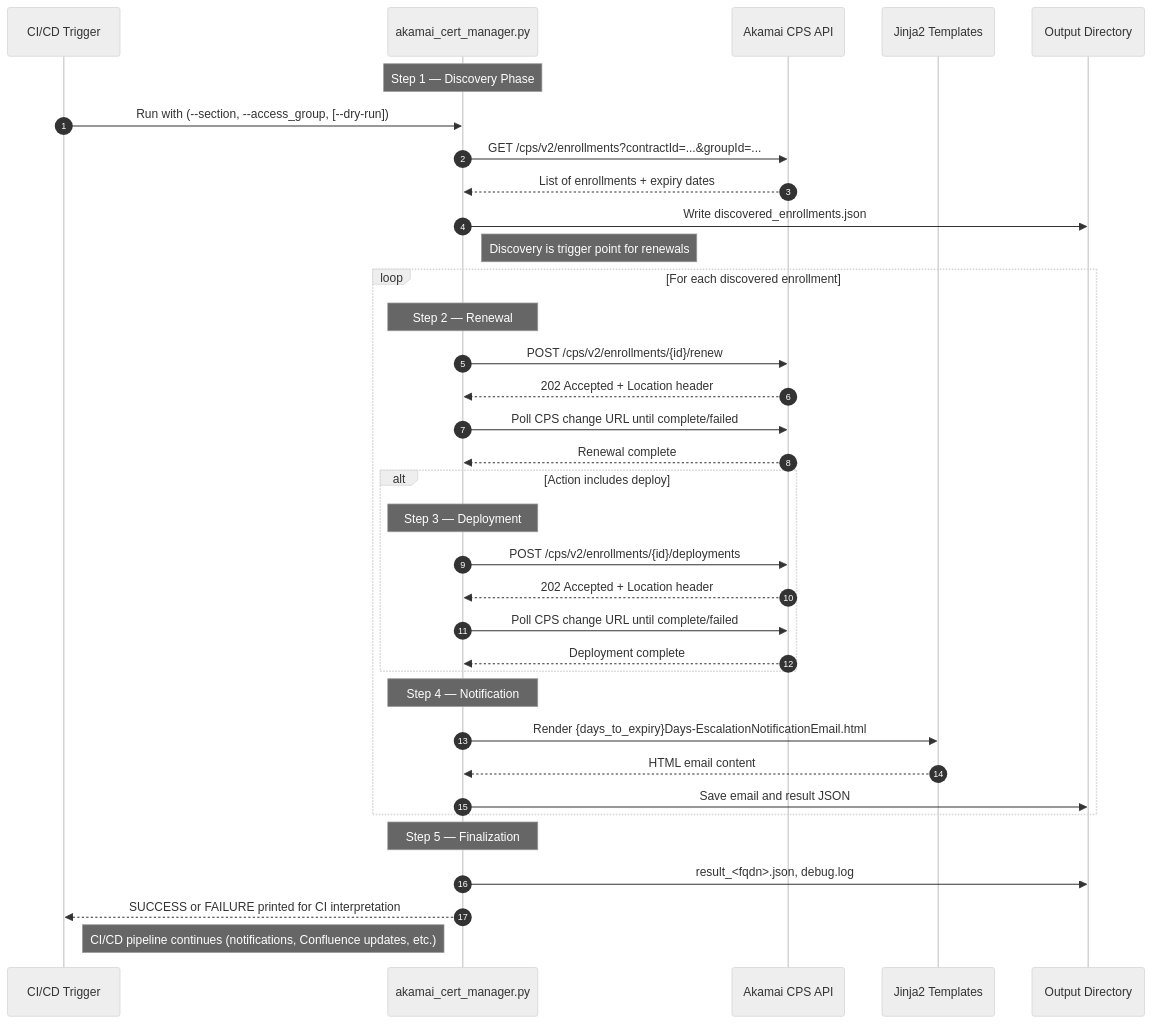
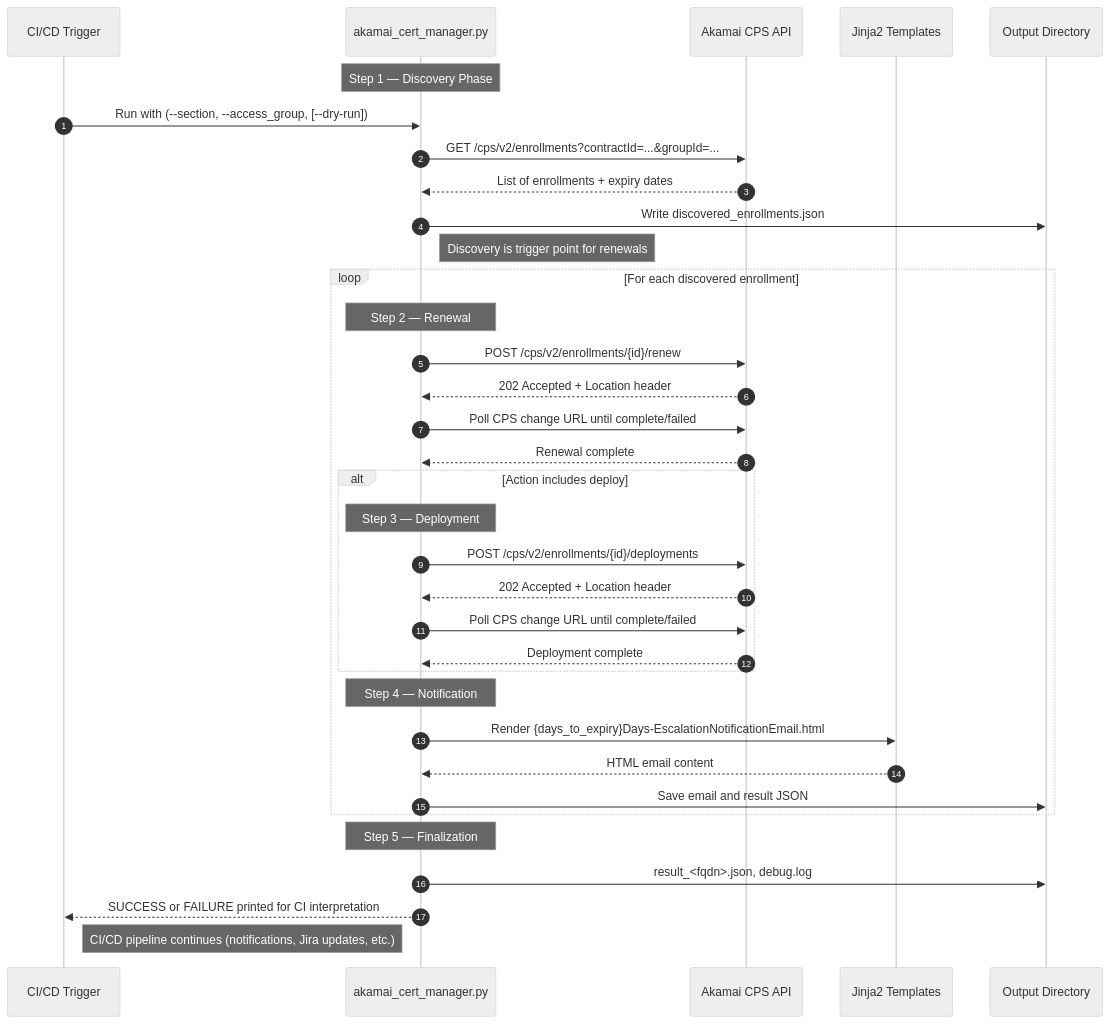
Before and after one commit to ksagoo/tfe-fdo-back: the diagram in terraform-aws-tfe/modules/cloud_init_generic_functions/akamai-cert-manager-readme.md, drawn with Mermaid (neutral theme). The commit also changed other lines of this file, not shown here.

Commit message:
Update CI/CD pipeline notification references

````diff
--- a/terraform-aws-tfe/modules/cloud_init_generic_functions/akamai-cert-manager-readme.md
+++ b/terraform-aws-tfe/modules/cloud_init_generic_functions/akamai-cert-manager-readme.md
@@ -14,43 +14,43 @@
 ```mermaid
 sequenceDiagram
     autonumber
     participant Jenkins/GitLab as CI/CD Trigger
     participant Script as akamai_cert_manager.py
     participant AkamaiAPI as Akamai CPS API
     participant EmailTemplate as Jinja2 Templates
     participant Output as Output Directory
 
     Note over Script: Step 1 — Discovery Phase
     Jenkins/GitLab->>Script: Run with (--section, --access_group, [--dry-run])
     Script->>AkamaiAPI: GET /cps/v2/enrollments?contractId=...&groupId=...
     AkamaiAPI-->>Script: List of enrollments + expiry dates
     Script->>Output: Write discovered_enrollments.json
     Note right of Script: Discovery is trigger point for renewals
 
     loop For each discovered enrollment
         Note over Script: Step 2 — Renewal
         Script->>AkamaiAPI: POST /cps/v2/enrollments/{id}/renew
         AkamaiAPI-->>Script: 202 Accepted + Location header
         Script->>AkamaiAPI: Poll CPS change URL until complete/failed
         AkamaiAPI-->>Script: Renewal complete
 
         alt Action includes deploy
             Note over Script: Step 3 — Deployment
             Script->>AkamaiAPI: POST /cps/v2/enrollments/{id}/deployments
             AkamaiAPI-->>Script: 202 Accepted + Location header
             Script->>AkamaiAPI: Poll CPS change URL until complete/failed
             AkamaiAPI-->>Script: Deployment complete
         end
 
         Note over Script: Step 4 — Notification
         Script->>EmailTemplate: Render {days_to_expiry}Days-EscalationNotificationEmail.html
         EmailTemplate-->>Script: HTML email content
         Script->>Output: Save email and result JSON
     end
 
     Note over Script: Step 5 — Finalization
     Script->>Output: result_<fqdn>.json, debug.log
     Script-->>Jenkins/GitLab: SUCCESS or FAILURE printed for CI interpretation
 
-    Note right of Jenkins/GitLab: CI/CD pipeline continues (notifications, Confluence updates, etc.)
+    Note right of Jenkins/GitLab: CI/CD pipeline continues (notifications, Jira updates, etc.)
 ```
````
